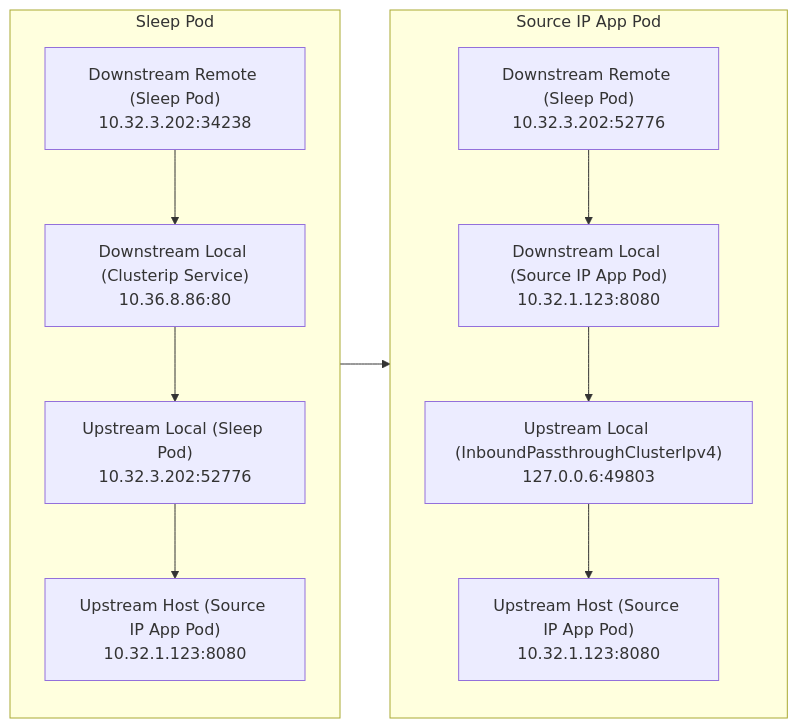
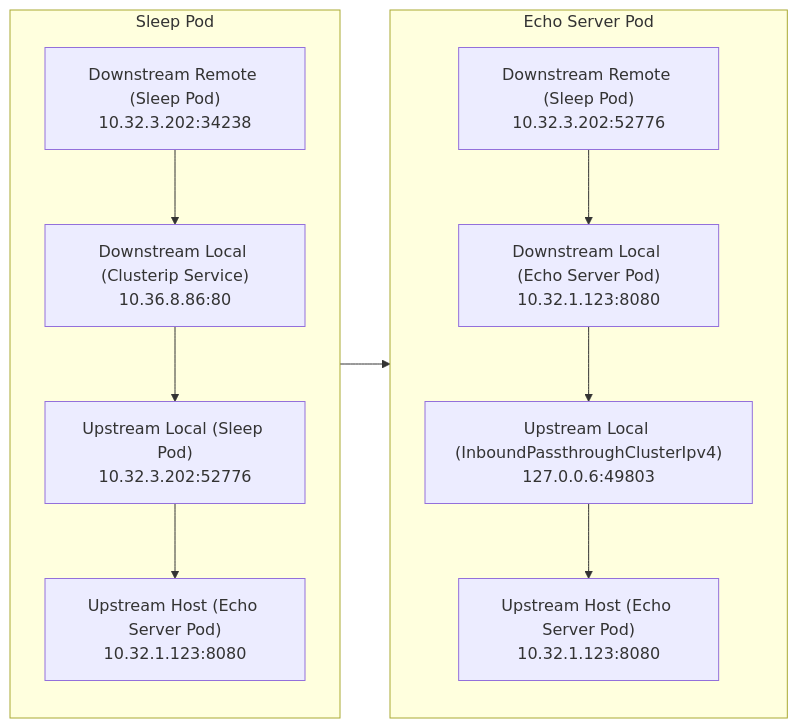
Before and after one commit to rootsongjc/kubernetes-handbook: the eighth of 10 diagrams in content/en/blog/preserve-source-ip-in-istio/index.md, drawn with Mermaid. The commit also changed other lines of this file and 1 other file, not shown here.

````diff
--- a/content/en/blog/preserve-source-ip-in-istio/index.md
+++ b/content/en/blog/preserve-source-ip-in-istio/index.md
@@ -534,14 +534,14 @@
 ```mermaid
 graph LR
 subgraph Sleep[Sleep Pod]
 A["Downstream Remote (Sleep Pod)<br>10.32.3.202:34238"] --> B
 B["Downstream Local (Clusterip Service)<br>10.36.8.86:80"] --> C
-C["Upstream Local (Sleep Pod)<br>10.32.3.202:52776"] --> D["Upstream Host (Source IP App Pod)<br>10.32.1.123:8080"]
+C["Upstream Local (Sleep Pod)<br>10.32.3.202:52776"] --> D["Upstream Host (Echo Server Pod)<br>10.32.1.123:8080"]
 end
-subgraph SourceIPApp[Source IP App Pod]
+subgraph SourceIPApp[Echo Server Pod]
 E["Downstream Remote (Sleep Pod)<br>10.32.3.202:52776"] --> F
-F["Downstream Local (Source IP App Pod)<br>10.32.1.123:8080"] --> G
-G["Upstream Local (InboundPassthroughClusterIpv4)<br>127.0.0.6:49803"] --> H["Upstream Host (Source IP App Pod)<br>10.32.1.123:8080"]
+F["Downstream Local (Echo Server Pod)<br>10.32.1.123:8080"] --> G
+G["Upstream Local (InboundPassthroughClusterIpv4)<br>127.0.0.6:49803"] --> H["Upstream Host (Echo Server Pod)<br>10.32.1.123:8080"]
 end
 Sleep -->SourceIPApp
 ```
````
